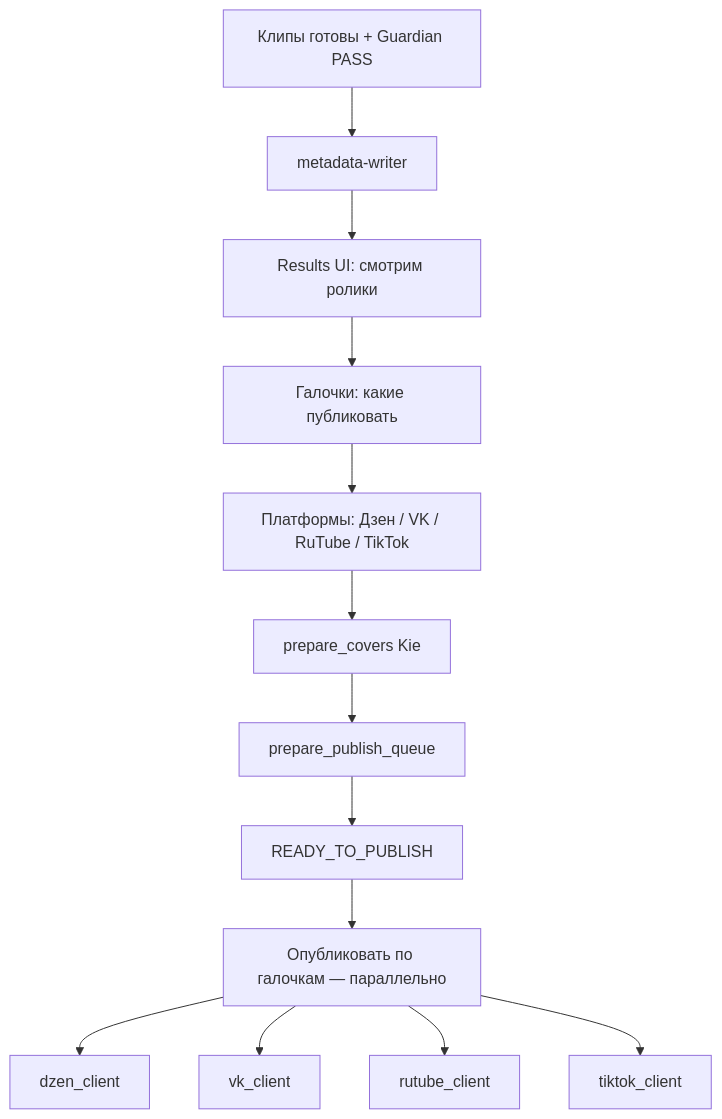
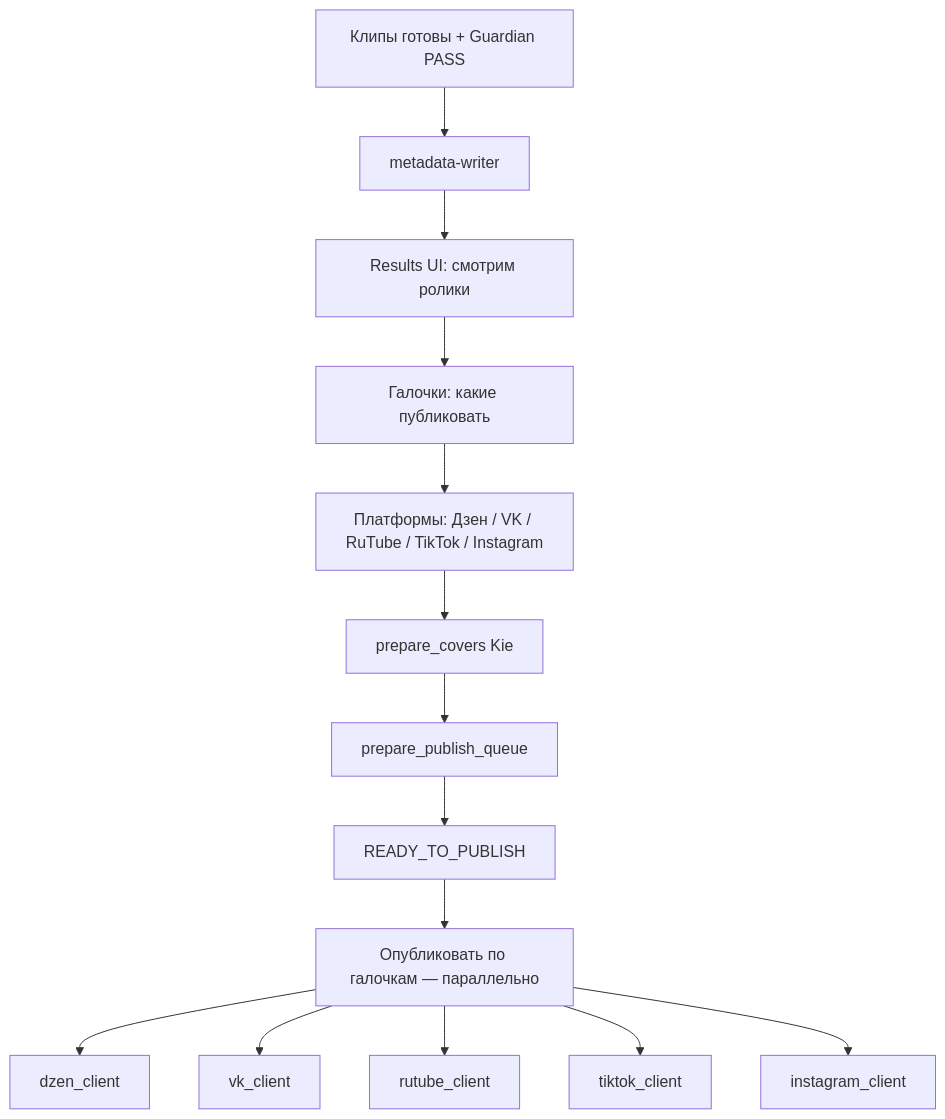
Before and after one commit to Horosheff/hyperion-reels: the diagram in docs/PUBLISH.md, drawn with Mermaid. The commit also changed other lines of this file and 10 other files, not shown here.

First line of the commit message:
feat: Instagram Reels Playwright publisher (like VK/TikTok)

````diff
--- a/docs/PUBLISH.md
+++ b/docs/PUBLISH.md
@@ -7,15 +7,16 @@
 ```mermaid
 flowchart TD
   A[Клипы готовы + Guardian PASS] --> B[metadata-writer]
   B --> C[Results UI: смотрим ролики]
   C --> D[Галочки: какие публиковать]
-  D --> E[Платформы: Дзен / VK / RuTube / TikTok]
+  D --> E[Платформы: Дзен / VK / RuTube / TikTok / Instagram]
   E --> F[prepare_covers Kie]
   F --> G[prepare_publish_queue]
   G --> H[READY_TO_PUBLISH]
   H --> I["Опубликовать по галочкам — параллельно"]
   I --> J1[dzen_client]
   I --> J2[vk_client]
   I --> J3[rutube_client]
   I --> J4[tiktok_client]
+  I --> J5[instagram_client]
 ```
````
